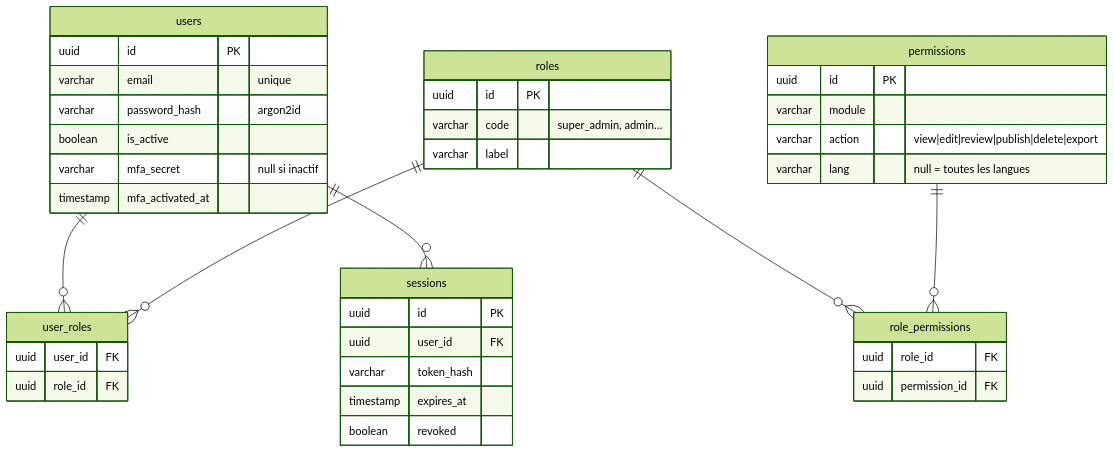
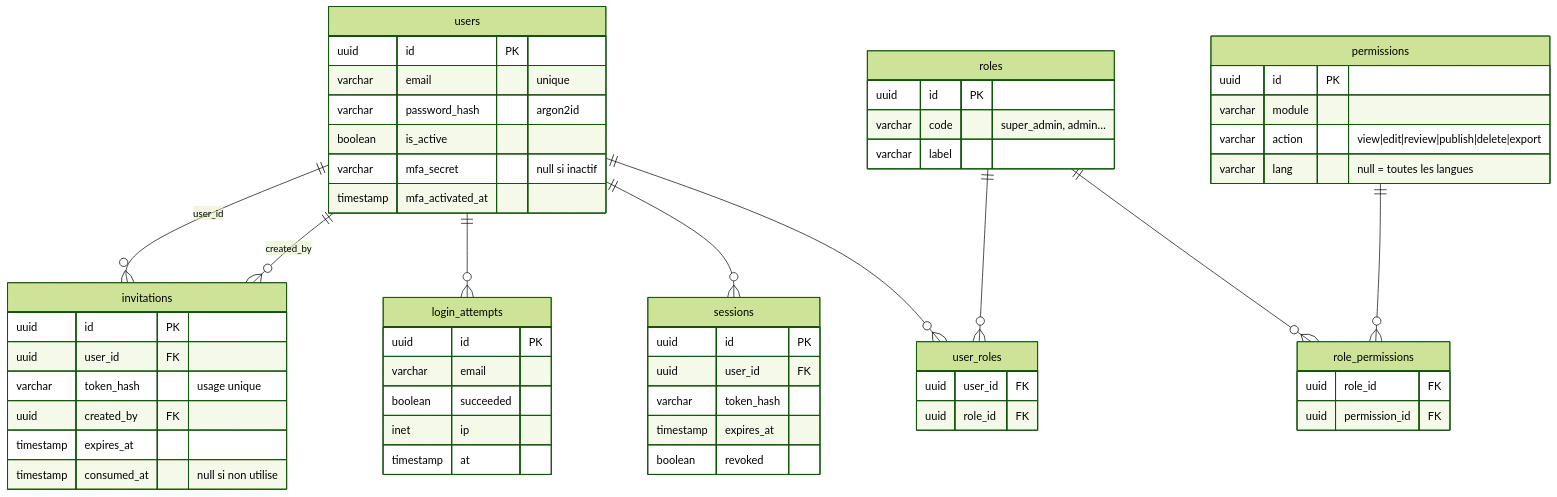
The third of 9 diagrams in Analyse/modelisation/docs/06-donnees.md (DonArhouna/Exauce), drawn with Mermaid (forest theme) before and after one commit. The commit also changed other lines of this file, not shown here.

First line of the commit message:
docs(analyse): amendement M3 du dictionnaire 06 - invitations, login_attempts, idempotency_keys

````diff
--- a/Analyse/modelisation/docs/06-donnees.md
+++ b/Analyse/modelisation/docs/06-donnees.md
@@ -162,42 +162,60 @@
 ```mermaid
 erDiagram
   users {
     uuid id PK
     varchar email "unique"
     varchar password_hash "argon2id"
     boolean is_active
     varchar mfa_secret "null si inactif"
     timestamp mfa_activated_at
   }
   roles {
     uuid id PK
     varchar code "super_admin, admin…"
     varchar label
   }
   permissions {
     uuid id PK
     varchar module
     varchar action "view|edit|review|publish|delete|export"
     varchar lang "null = toutes les langues"
   }
   role_permissions {
     uuid role_id FK
     uuid permission_id FK
   }
   user_roles {
     uuid user_id FK
     uuid role_id FK
   }
   sessions {
     uuid id PK
     uuid user_id FK
     varchar token_hash
     timestamp expires_at
     boolean revoked
   }
+  login_attempts {
+    uuid id PK
+    varchar email
+    boolean succeeded
+    inet ip
+    timestamp at
+  }
+  invitations {
+    uuid id PK
+    uuid user_id FK
+    varchar token_hash "usage unique"
+    uuid created_by FK
+    timestamp expires_at
+    timestamp consumed_at "null si non utilise"
+  }
   users ||--o{ user_roles : ""
   roles ||--o{ user_roles : ""
   roles ||--o{ role_permissions : ""
   permissions ||--o{ role_permissions : ""
   users ||--o{ sessions : ""
+  users ||--o{ login_attempts : ""
+  users ||--o{ invitations : "user_id"
+  users ||--o{ invitations : "created_by"
 ```
````
